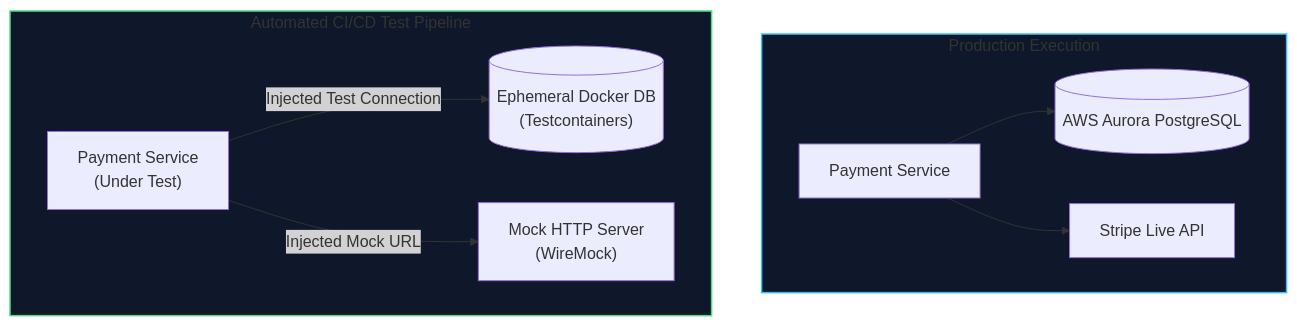
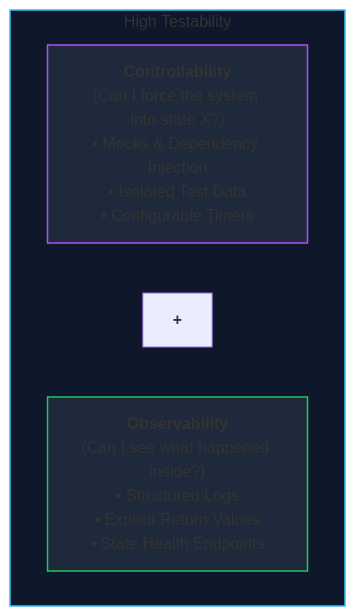
The fourth of 4 diagrams in Software Architectures/Lecture 3/Lecture_03_Notes.md (shreyash2601/bits-notes), drawn with Mermaid before and after one commit. The commit also changed other lines of this file and 31 other files, not shown here.

````diff
--- a/Software Architectures/Lecture 3/Lecture_03_Notes.md
+++ b/Software Architectures/Lecture 3/Lecture_03_Notes.md
@@ -363,19 +170,13 @@
 ```mermaid
 flowchart TD
-    subgraph PROD ["Production Execution"]
-        SVC1["Payment Service"] --> REAL_DB[(AWS Aurora PostgreSQL)]
-        SVC1 --> REAL_API["Stripe Live API"]
+    subgraph TESTABILITY ["High Testability"]
+        direction LR
+        CTRL["<b>Controllability</b><br/>(Can I force the system into state X?)<br/>• Mocks & Dependency Injection<br/>• Isolated Test Data<br/>• Configurable Timers"]
+        PLUS["<b>+</b>"]
+        OBS["<b>Observability</b><br/>(Can I see what happened inside?)<br/>• Structured Logs<br/>• Explicit Return Values<br/>• State Health Endpoints"]
     end
 
-    subgraph CI ["Automated CI/CD Test Pipeline"]
-        SVC2["Payment Service<br/>(Under Test)"]
-        TC_DB[("Ephemeral Docker DB<br/>(Testcontainers)")]
-        MOCK_API["Mock HTTP Server<br/>(WireMock)"]
-
-        SVC2 -->|Injected Test Connection| TC_DB
-        SVC2 -->|Injected Mock URL| MOCK_API
-    end
-
-    style PROD fill:#0f172a,stroke:#38bdf8,stroke-width:1.5px
-    style CI fill:#0f172a,stroke:#4ade80,stroke-width:1.5px
+    style TESTABILITY fill:#0f172a,stroke:#38bdf8,stroke-width:1.5px
+    style CTRL fill:#1e293b,stroke:#a855f7,stroke-width:1.5px
+    style OBS fill:#1e293b,stroke:#22c55e,stroke-width:1.5px
 ```
````
